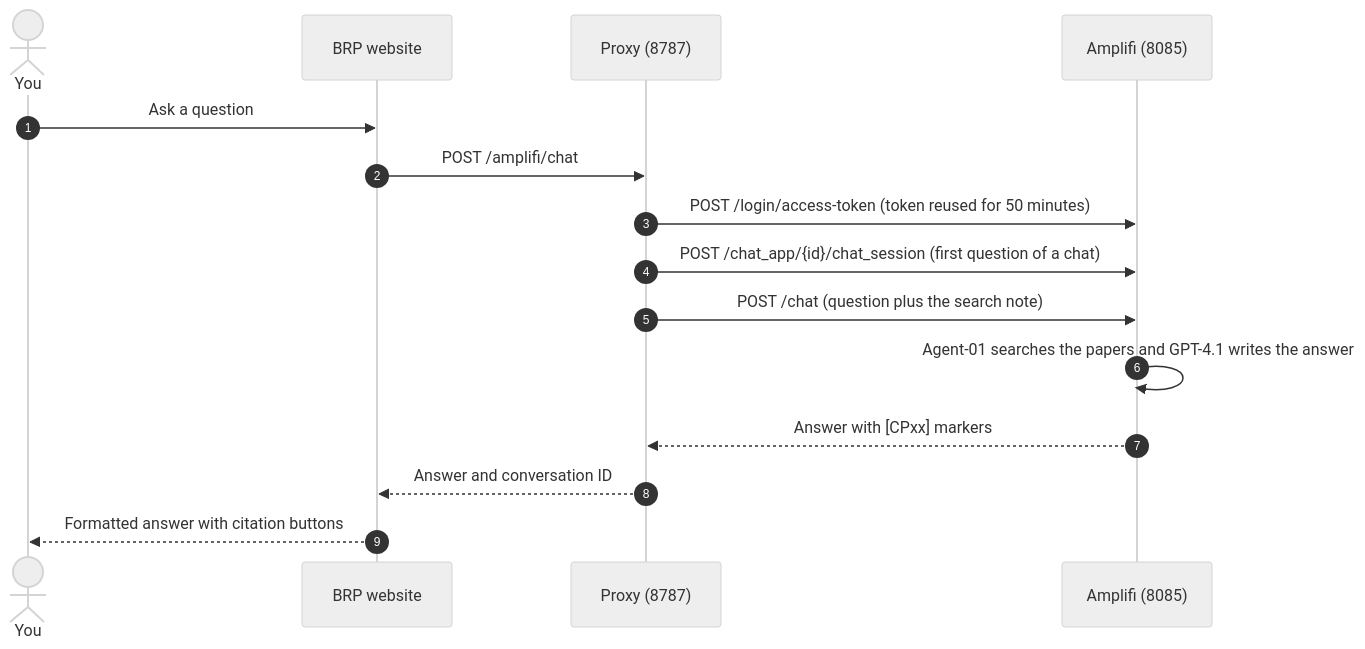
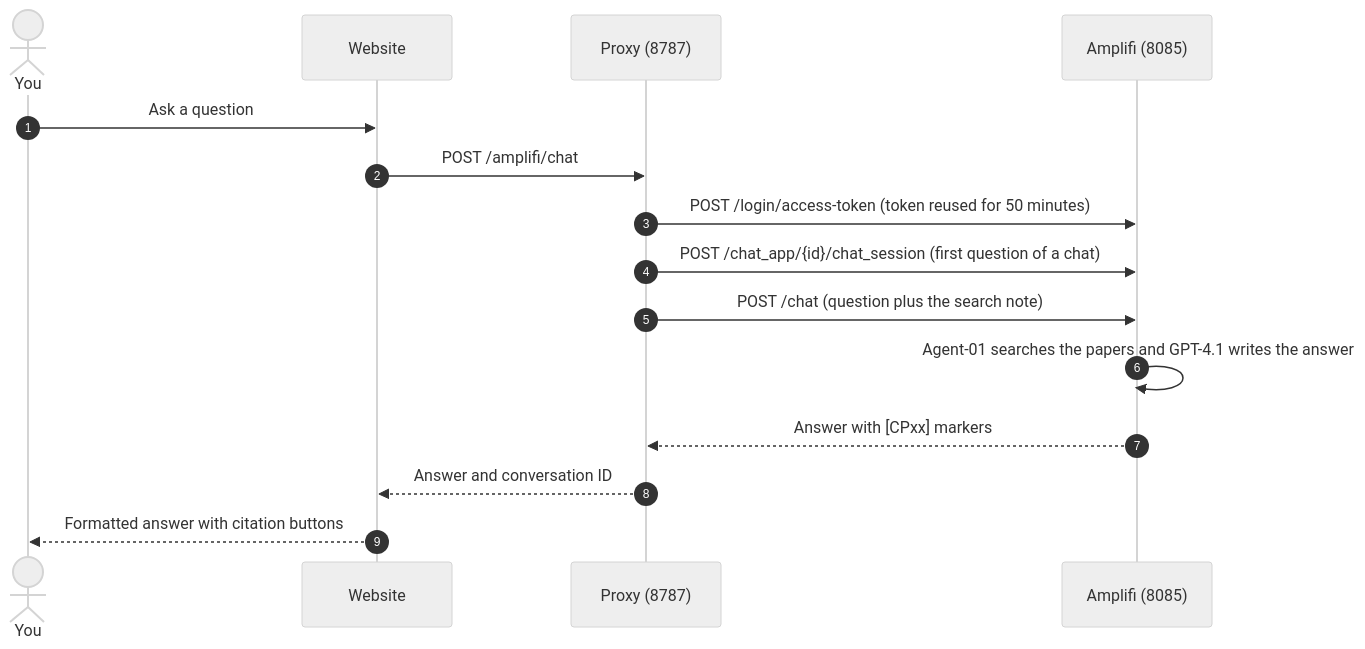
The second of 2 diagrams in README.md (sachinkukkar-tws/battery-research-platform), drawn with Mermaid (neutral theme) before and after one commit. The commit also changed other lines of this file and 153 other files, not shown here.

````diff
--- a/README.md
+++ b/README.md
@@ -117,17 +156,17 @@
 ```mermaid
 sequenceDiagram
     autonumber
     actor U as You
-    participant W as BRP website
+    participant W as Website
     participant P as Proxy (8787)
     participant A as Amplifi (8085)
     U->>W: Ask a question
     W->>P: POST /amplifi/chat
     P->>A: POST /login/access-token (token reused for 50 minutes)
     P->>A: POST /chat_app/{id}/chat_session (first question of a chat)
     P->>A: POST /chat (question plus the search note)
     A->>A: Agent-01 searches the papers and GPT-4.1 writes the answer
     A-->>P: Answer with [CPxx] markers
     P-->>W: Answer and conversation ID
     W-->>U: Formatted answer with citation buttons
 ```
````
